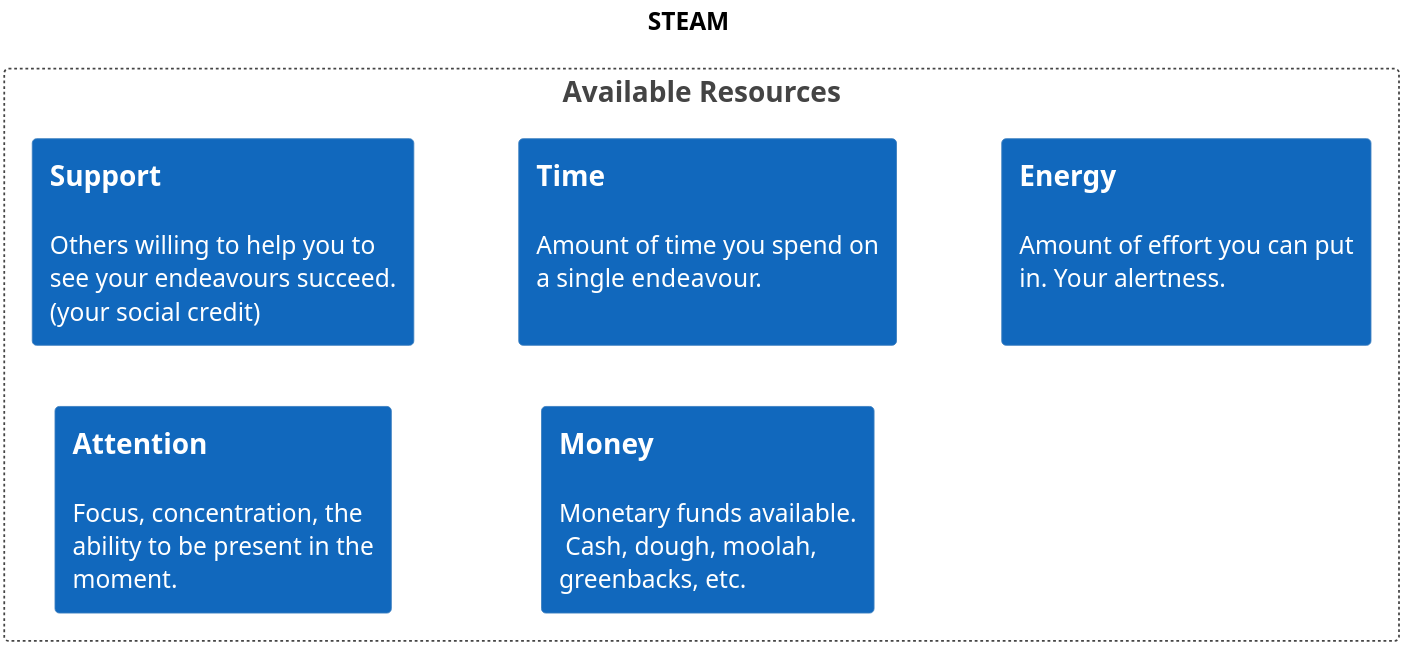
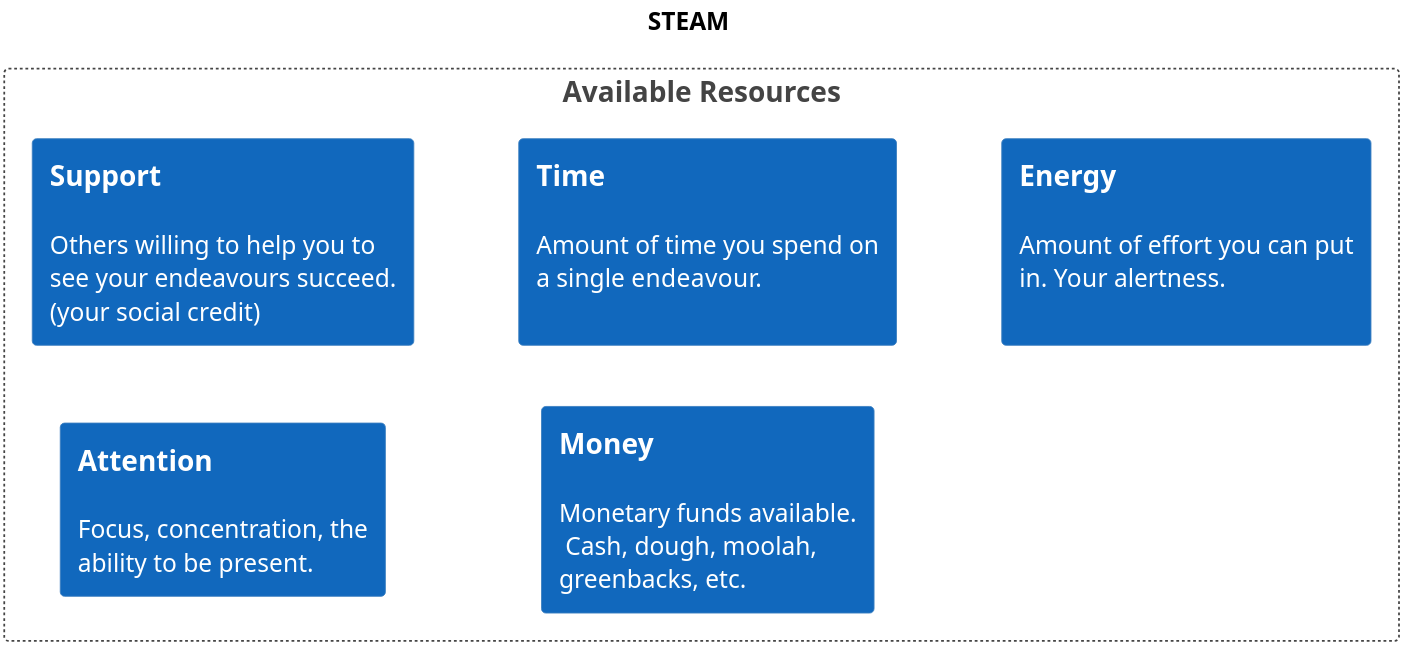
Before and after one commit to sddevelopment-be/penguin-pragmatic-patterns: the diagram in src/images/STEAM.puml, drawn with PlantUML. The commit also changed 23 other files, not shown here.

```diff
--- a/src/images/STEAM.puml
+++ b/src/images/STEAM.puml
@@ -1,62 +1,62 @@
 @startuml
 title STEAM
 
 left to right direction
 
 !include https://raw.githubusercontent.com/plantuml-stdlib/C4-PlantUML/master/C4.puml
 !include https://raw.githubusercontent.com/plantuml-stdlib/C4-PlantUML/master/C4_Context.puml
 !include https://raw.githubusercontent.com/plantuml-stdlib/C4-PlantUML/master/C4_Container.puml
 !include https://raw.githubusercontent.com/plantuml-stdlib/C4-PlantUML/master/C4_Component.puml
 
 skinparam dpi 420
 skinparam defaultTextAlignment left
 
 skinParam maxMessageSize 184
 skinparam wrapWidth 204
 
 skinparam linetype polyline
 
 skinparam component {
      hide<<hidden_st>> stereotype
 }
 
 hide stereotype
 hide footbox
 
 Boundary(resources, "Available Resources") {
     System(support, "Support", "Others willing to help you to see your endeavours succeed. (your social credit)")
     System(time, "Time", "Amount of time you spend on a single endeavour. \n")
     System(energy, "Energy", "Amount of effort you can put in. Your alertness. \n")
 
-    System(attention, "Attention", "Focus, concentration, the ability to be present in the moment.")
+    System(attention, "Attention", "Focus, concentration, the ability to be present.")
     System(money, "Money", "Monetary funds available. \n Cash, dough, moolah, greenbacks, etc.")
 }
 
 
 
 support-[hidden]->time
 time-[hidden]->energy
 attention-[hidden]->money
 
 'Boundary(choices, "Possible Choices") {
 '    Container(optionOne, "Option one", "", "Binge-watching a show with friends. \n", $tags="Element+Container")
 '    Container(optionTwo, "Option two", "","Doing household chores and admin. \n", $tags="Element+Container")
 '    Container(optionThree, "Option three", "","Learning about ways to \n boost personal productivity.\n", $tags="Element+Container")
 '
 '    Container(impactOne, "Impact of option one",     "", "\n**S:** ↑ **T:** ↓  **E:** ↓  **A:** ↡  **M**: ↔ \n")
 '    Container(impactTwo, "Impact of option two", "",    " \n**S:** ↔   **T:** ↡  **E:** ↓  **A:** ↑  **M**: ↔ \n")
 '    Container(impactThree, "Impact of option three", "", "\n**S:** ↓  **T:** ↑  **E:** ↑  **A:** ↡  **M**: ↓ \n")
 '}
 '
 'resources -left[hidden]-> choices
 'optionOne -left[hidden]-> optionTwo
 'optionTwo -left[hidden]-> optionThree
 '
 'optionOne --> impactOne
 'optionTwo --> impactTwo
 'optionThree --> impactThree
 '
 'impactOne -left[hidden]-> impactTwo
 'impactTwo -left[hidden]-> impactThree
 
 @enduml
```
